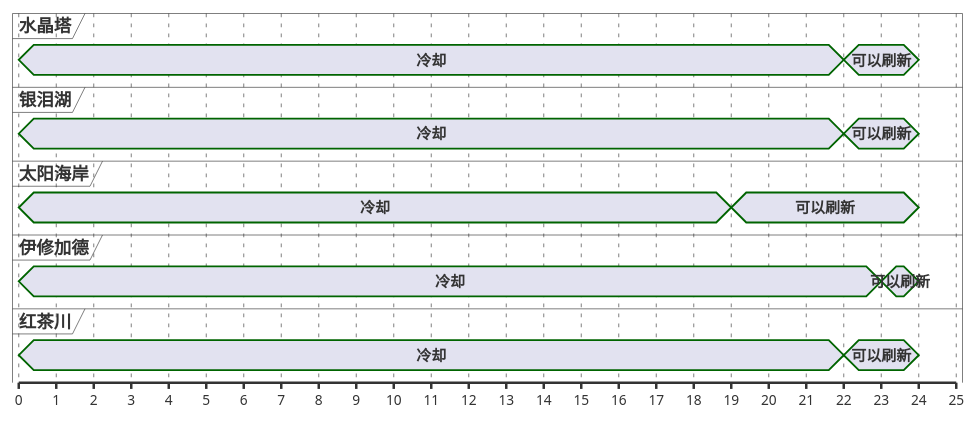
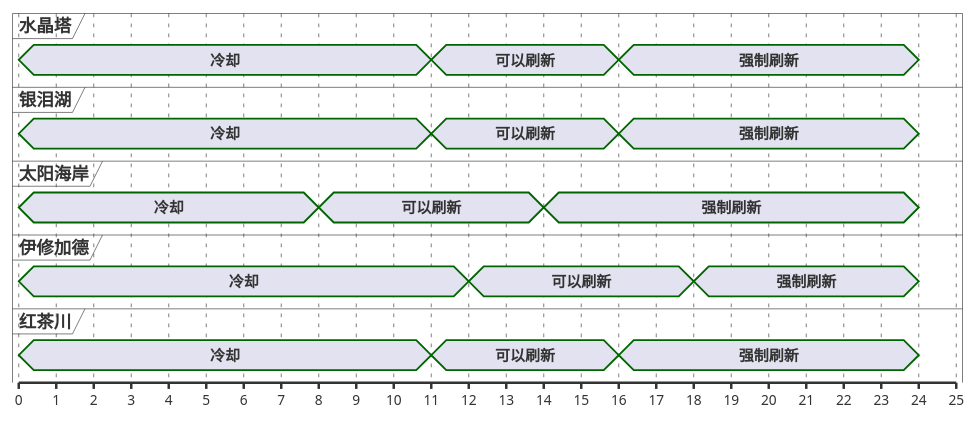
One commit to Eroleice/doc-pi changed the fourth of 13 diagrams in ffxiv/hunt/2.0/Chernobog.md. Above: the diagram before and after it, drawn with PlantUML. The commit also changed other lines of this file and 38 other files, not shown here.

````diff
--- a/ffxiv/hunt/2.0/Chernobog.md
+++ b/ffxiv/hunt/2.0/Chernobog.md
@@ -201,37 +224,42 @@
 ```plantuml
 @startuml
 scale 1 as 30 pixels
 
 concise 水晶塔
 concise 银泪湖
 concise 太阳海岸
 concise 伊修加德
 concise 红茶川
 
 @太阳海岸
 0 is 冷却
-19 is 可以刷新
+8 is 可以刷新
+14 is 强制刷新
 24 is {hidden}
 
 @银泪湖
 0 is 冷却
-22 is 可以刷新
+11 is 可以刷新
+16 is 强制刷新
 24 is {hidden}
 
 @水晶塔
 0 is 冷却
-22 is 可以刷新
+11 is 可以刷新
+16 is 强制刷新
 24 is {hidden}
 
 @红茶川
 0 is 冷却
-22 is 可以刷新
+11 is 可以刷新
+16 is 强制刷新
 24 is {hidden}
 
 @伊修加德
 0 is 冷却
-23 is 可以刷新
+12 is 可以刷新
+18 is 强制刷新
 24 is {hidden}
 
 @enduml
 ```
````
